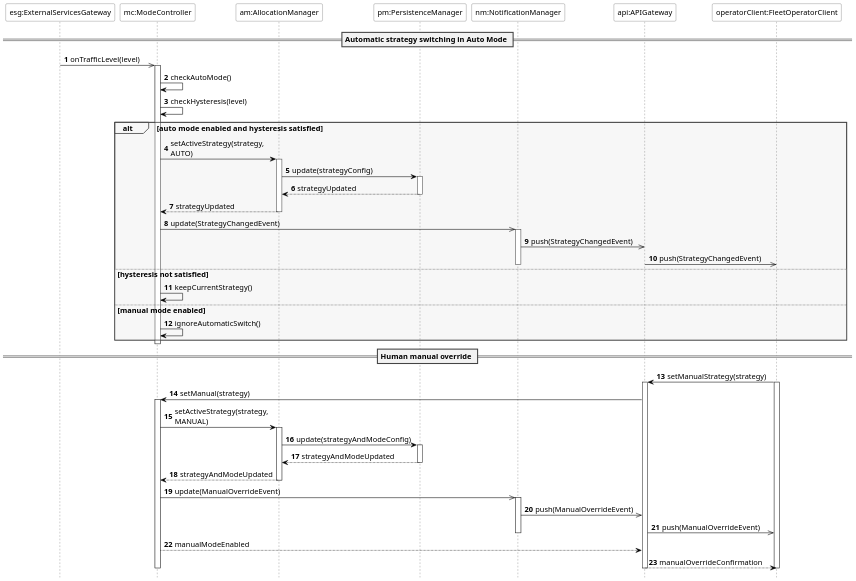
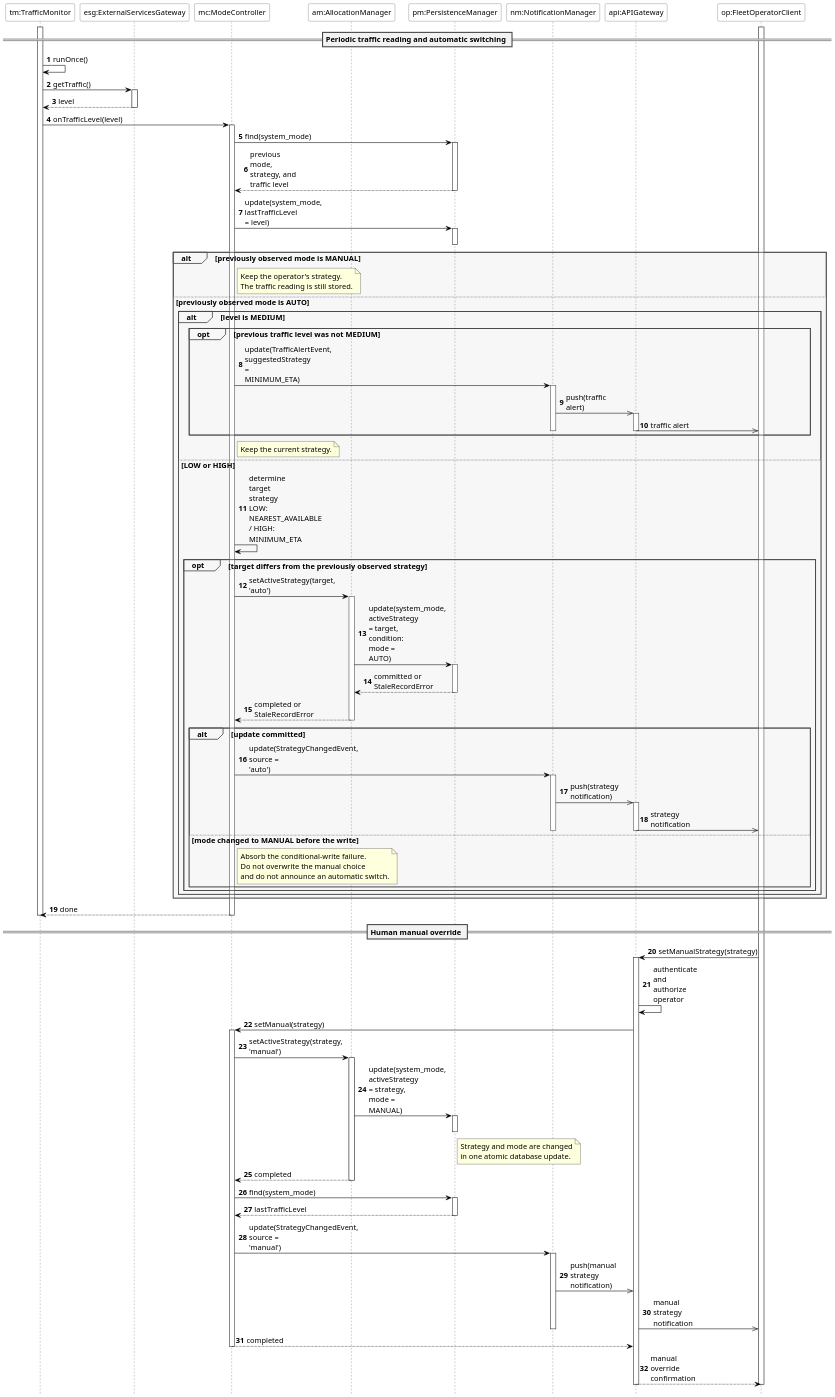
Before and after one commit to meggie-0/SE4A_ROAd_MargheritaBertipaglia_DavidCazzaniga_PasqualeIgnarra_Project: the diagram in DD/diagrams/sequence_diagrams/seq_auto_strategy_switch.puml, drawn with PlantUML. The commit also changed 45 other files, not shown here.

```diff
--- a/DD/diagrams/sequence_diagrams/seq_auto_strategy_switch.puml
+++ b/DD/diagrams/sequence_diagrams/seq_auto_strategy_switch.puml
@@ -1,124 +1,168 @@
 @startuml
 
 skinparam backgroundColor white
 skinparam shadowing false
 skinparam defaultFontName Arial
 skinparam defaultFontSize 14
 skinparam dpi 150
 skinparam maxMessageSize 90
 
 skinparam sequence {
     ArrowColor black
     LifeLineBorderColor #444444
     LifeLineBackgroundColor white
-
     ParticipantBorderColor #444444
     ParticipantBackgroundColor white
     ParticipantFontColor black
-
     GroupBorderColor #444444
     GroupBackgroundColor #F7F7F7
-
     DividerBorderColor #444444
     DividerBackgroundColor #F2F2F2
 }
 
 <style>
 sequenceDiagram {
-  participant { Padding 20 }
-
+  participant {
+    Padding 20
+  }
   group {
     Padding 10
     BackgroundColor #F7F7F7
     LineColor #444444
   }
-
   lifeLine {
     LineColor #444444
     BackgroundColor white
   }
-
-  arrow { LineColor black }
+  arrow {
+    LineColor black
+  }
 }
 </style>
 
 hide footbox
 autonumber
 
+' Component-level view: arguments and returned DTOs are abbreviated.
+' PersistenceManager includes database access; its internal SQL is omitted.
+' Internal helper work is grouped under the component that owns it.
+' Calls to update(event) include subject notification where applicable.
+' WebSocket delivery uses the sessions registered by the API Gateway.
+
+participant "tm:TrafficMonitor" as TM
 participant "esg:ExternalServicesGateway" as ESG
 participant "mc:ModeController" as MC
 participant "am:AllocationManager" as AM
 participant "pm:PersistenceManager" as PM
 participant "nm:NotificationManager" as NM
 participant "api:APIGateway" as API
-participant "operatorClient:FleetOperatorClient" as OP
+participant "op:FleetOperatorClient" as OP
 
-== Automatic strategy switching in Auto Mode ==
+activate OP
 
-ESG ->> MC : onTrafficLevel(level)
+== Periodic traffic reading and automatic switching ==
+
+activate TM
+TM -> TM : runOnce()
+TM -> ESG : getTraffic()
+activate ESG
+ESG --> TM : level
+deactivate ESG
+TM -> MC : onTrafficLevel(level)
 activate MC
+MC -> PM : find(system_mode)
+activate PM
+PM --> MC : previous mode, strategy, and traffic level
+deactivate PM
+MC -> PM : update(system_mode, lastTrafficLevel = level)
+activate PM
+deactivate PM
 
-MC -> MC : checkAutoMode()
-MC -> MC : checkHysteresis(level)
+alt previously observed mode is MANUAL
+    note right of MC
+        Keep the operator's strategy.
+        The traffic reading is still stored.
+    end note
+else previously observed mode is AUTO
+    alt level is MEDIUM
+        opt previous traffic level was not MEDIUM
+            MC -> NM : update(TrafficAlertEvent, suggestedStrategy = MINIMUM_ETA)
+            activate NM
+            NM ->> API : push(traffic alert)
+            activate API
+            API ->> OP : traffic alert
+            deactivate API
+            deactivate NM
+        end
+        note right of MC
+            Keep the current strategy.
+        end note
+    else LOW or HIGH
+        MC -> MC : determine target strategy\nLOW: NEAREST_AVAILABLE / HIGH: MINIMUM_ETA
+        opt target differs from the previously observed strategy
+            MC -> AM : setActiveStrategy(target, 'auto')
+            activate AM
+            AM -> PM : update(system_mode, activeStrategy = target,\ncondition: mode = AUTO)
+            activate PM
+            PM --> AM : committed or StaleRecordError
+            deactivate PM
+            AM --> MC : completed or StaleRecordError
+            deactivate AM
 
-alt auto mode enabled and hysteresis satisfied
-    MC -> AM : setActiveStrategy(strategy, AUTO)
-    activate AM
-
-    AM -> PM : update(strategyConfig)
-    activate PM
-    PM --> AM : strategyUpdated
-    deactivate PM
-
-    AM --> MC : strategyUpdated
-    deactivate AM
-
-    MC ->> NM : update(StrategyChangedEvent)
-    activate NM
-    NM ->> API : push(StrategyChangedEvent)
-    API ->> OP : push(StrategyChangedEvent)
-    deactivate NM
-
-else hysteresis not satisfied
-    MC -> MC : keepCurrentStrategy()
-
-else manual mode enabled
-    MC -> MC : ignoreAutomaticSwitch()
+            alt update committed
+                MC -> NM : update(StrategyChangedEvent, source = 'auto')
+                activate NM
+                NM ->> API : push(strategy notification)
+                activate API
+                API ->> OP : strategy notification
+                deactivate API
+                deactivate NM
+            else mode changed to MANUAL before the write
+                note right of MC
+                    Absorb the conditional-write failure.
+                    Do not overwrite the manual choice
+                    and do not announce an automatic switch.
+                end note
+            end
+        end
+    end
 end
 
+MC --> TM : done
 deactivate MC
+deactivate TM
 
 == Human manual override ==
 
 OP -> API : setManualStrategy(strategy)
-activate OP
 activate API
-
+API -> API : authenticate and authorize operator
 API -> MC : setManual(strategy)
 activate MC
-
-MC -> AM : setActiveStrategy(strategy, MANUAL)
+MC -> AM : setActiveStrategy(strategy, 'manual')
 activate AM
-
-AM -> PM : update(strategyAndModeConfig)
+AM -> PM : update(system_mode, activeStrategy = strategy, mode = MANUAL)
 activate PM
-PM --> AM : strategyAndModeUpdated
+note right of PM
+    Strategy and mode are changed
+    in one atomic database update.
+end note
 deactivate PM
-
-AM --> MC : strategyAndModeUpdated
+AM --> MC : completed
 deactivate AM
-
-MC ->> NM : update(ManualOverrideEvent)
+MC -> PM : find(system_mode)
+activate PM
+PM --> MC : lastTrafficLevel
+deactivate PM
+MC -> NM : update(StrategyChangedEvent, source = 'manual')
 activate NM
-NM ->> API : push(ManualOverrideEvent)
-API ->> OP : push(ManualOverrideEvent)
+NM ->> API : push(manual strategy notification)
+API ->> OP : manual strategy notification
 deactivate NM
-
-MC --> API : manualModeEnabled
-API --> OP : manualOverrideConfirmation
-
+MC --> API : completed
 deactivate MC
+API --> OP : manual override confirmation
 deactivate API
 deactivate OP
 
 @enduml
```
